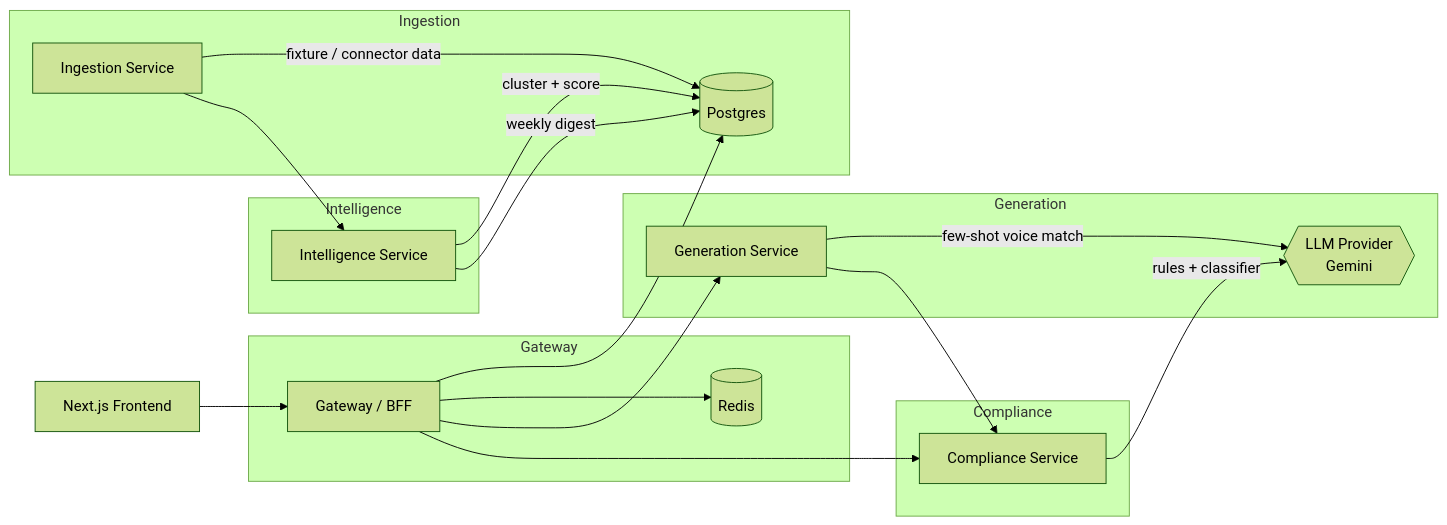
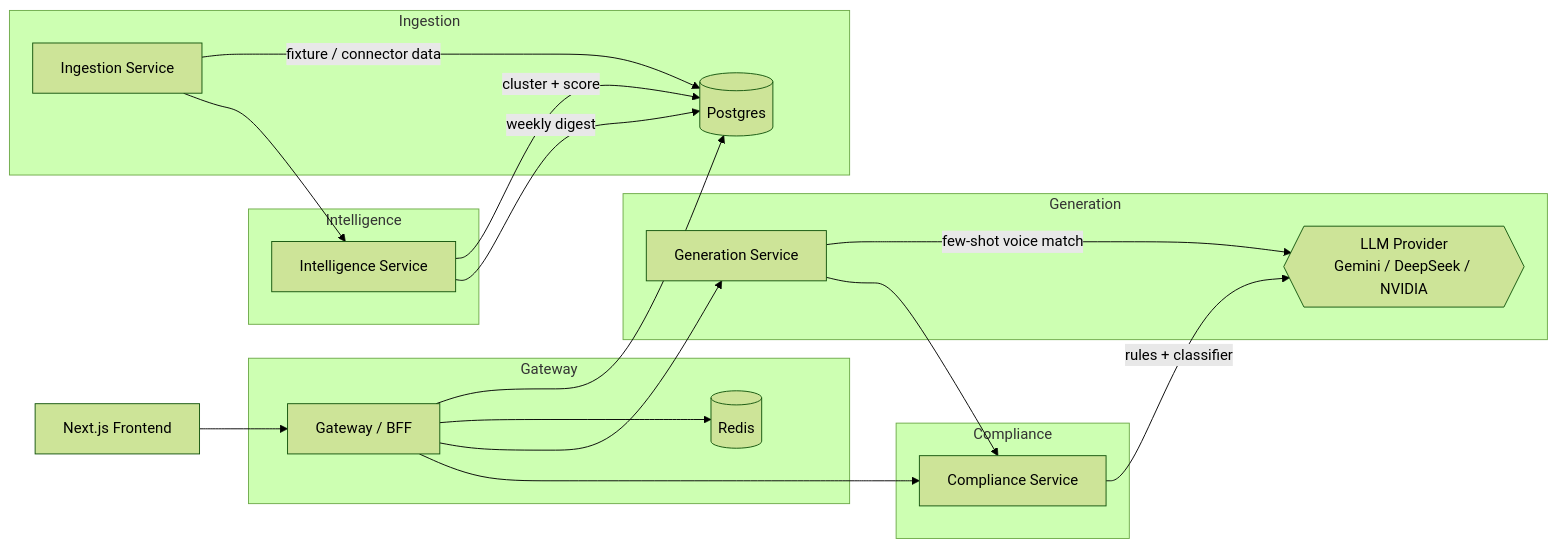
The first of 2 diagrams in README.md (negativenagesh/RivalRadar), drawn with Mermaid (forest theme) before and after one commit. The commit also changed other lines of this file and 7 other files, not shown here.

````diff
--- a/README.md
+++ b/README.md
@@ -9,25 +11,25 @@
 ```mermaid
 flowchart LR
     subgraph Ingestion
         A[Ingestion Service] -->|fixture / connector data| DB[(Postgres)]
     end
     subgraph Intelligence
         B[Intelligence Service] -->|cluster + score| DB
         B -->|weekly digest| DB
     end
     subgraph Generation
-        C[Generation Service] -->|few-shot voice match| LLM{{LLM Provider\nGemini}}
+        C[Generation Service] -->|few-shot voice match| LLM{{LLM Provider\nGemini / DeepSeek / NVIDIA}}
     end
     subgraph Compliance
         D[Compliance Service] -->|rules + classifier| LLM
     end
     subgraph Gateway
         E[Gateway / BFF] --> DB
         E --> Redis[(Redis)]
     end
     F[Next.js Frontend] --> E
     A --> B
     E --> C
     E --> D
     C --> D
 ```
````
